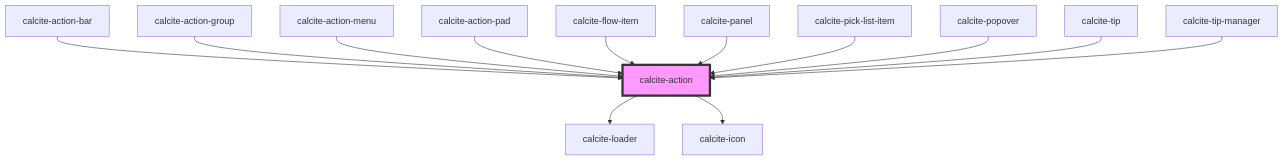
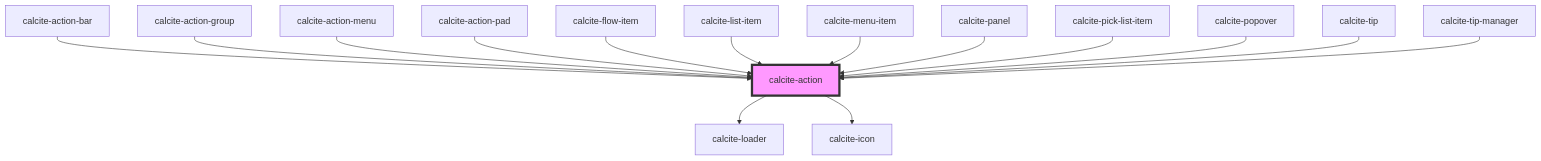
The diagram in src/components/action/readme.md (Esri/calcite-design-system), drawn with Mermaid before and after one commit. The commit also changed other lines of this file and 69 other files, not shown here.

````diff
--- a/src/components/action/readme.md
+++ b/src/components/action/readme.md
@@ -106,16 +108,18 @@
 ```mermaid
 graph TD;
   calcite-action --> calcite-loader
   calcite-action --> calcite-icon
   calcite-action-bar --> calcite-action
   calcite-action-group --> calcite-action
   calcite-action-menu --> calcite-action
   calcite-action-pad --> calcite-action
   calcite-flow-item --> calcite-action
+  calcite-list-item --> calcite-action
+  calcite-menu-item --> calcite-action
   calcite-panel --> calcite-action
   calcite-pick-list-item --> calcite-action
   calcite-popover --> calcite-action
   calcite-tip --> calcite-action
   calcite-tip-manager --> calcite-action
   style calcite-action fill:#f9f,stroke:#333,stroke-width:4px
 ```
````
